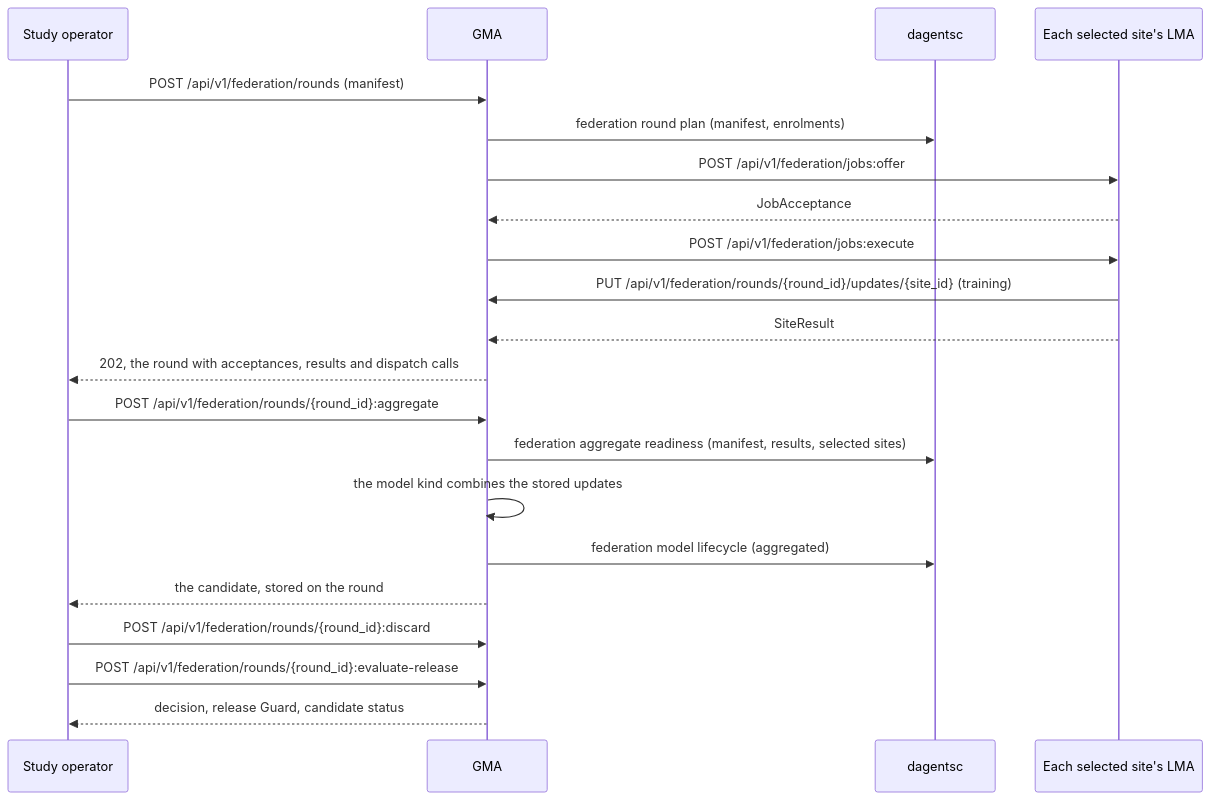
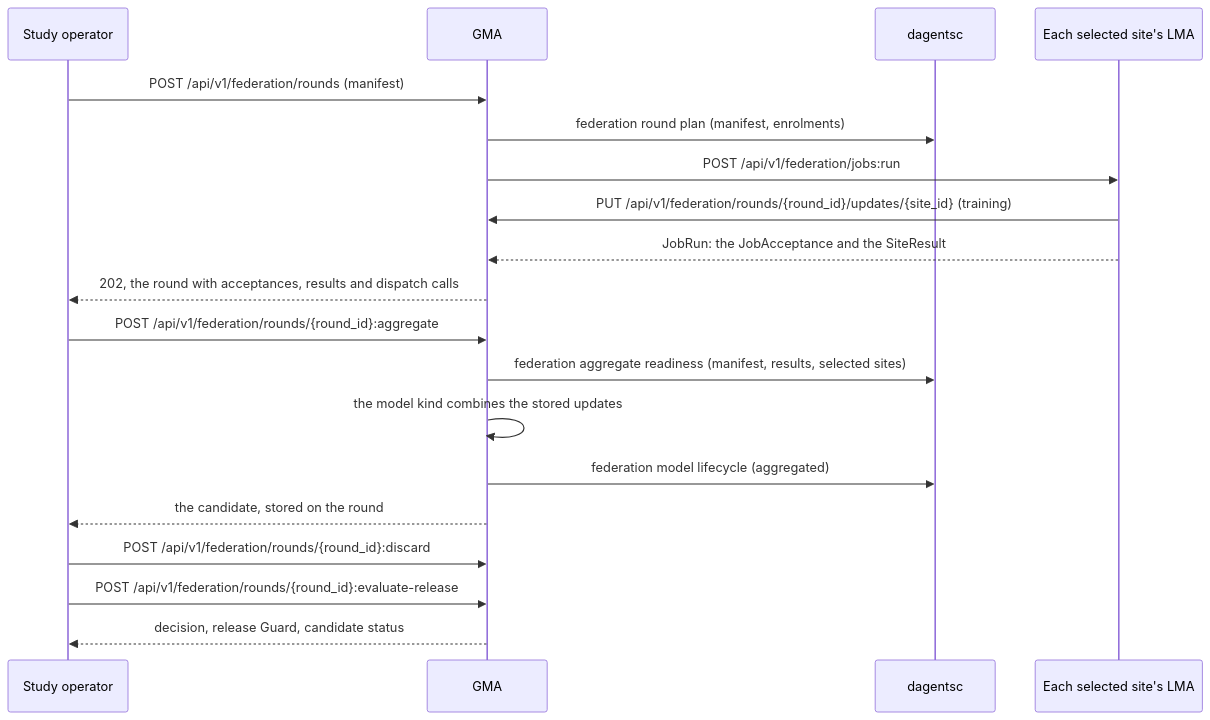
Diagram 11 of 12 in docs/reference/api/agents.md (pradyunuydarp/Dagents), drawn with Mermaid before and after one commit. The commit also changed other lines of this file and 138 other files, not shown here.

First line of the commit message:
Switch the stroke demo to the Dagents LMA and GMA APIs

````diff
--- a/docs/reference/api/agents.md
+++ b/docs/reference/api/agents.md
@@ -2582,23 +2610,21 @@
 ```mermaid
 sequenceDiagram
     participant Operator as Study operator
     participant GMA
     participant Planner as dagentsc
     participant LMA as Each selected site's LMA
     Operator->>GMA: POST /api/v1/federation/rounds (manifest)
     GMA->>Planner: federation round plan (manifest, enrolments)
-    GMA->>LMA: POST /api/v1/federation/jobs:offer
-    LMA-->>GMA: JobAcceptance
-    GMA->>LMA: POST /api/v1/federation/jobs:execute
+    GMA->>LMA: POST /api/v1/federation/jobs:run
     LMA->>GMA: PUT /api/v1/federation/rounds/{round_id}/updates/{site_id} (training)
-    LMA-->>GMA: SiteResult
+    LMA-->>GMA: JobRun: the JobAcceptance and the SiteResult
     GMA-->>Operator: 202, the round with acceptances, results and dispatch calls
     Operator->>GMA: POST /api/v1/federation/rounds/{round_id}:aggregate
     GMA->>Planner: federation aggregate readiness (manifest, results, selected sites)
     GMA->>GMA: the model kind combines the stored updates
     GMA->>Planner: federation model lifecycle (aggregated)
     GMA-->>Operator: the candidate, stored on the round
     Operator->>GMA: POST /api/v1/federation/rounds/{round_id}:discard
     Operator->>GMA: POST /api/v1/federation/rounds/{round_id}:evaluate-release
     GMA-->>Operator: decision, release Guard, candidate status
 ```
````
